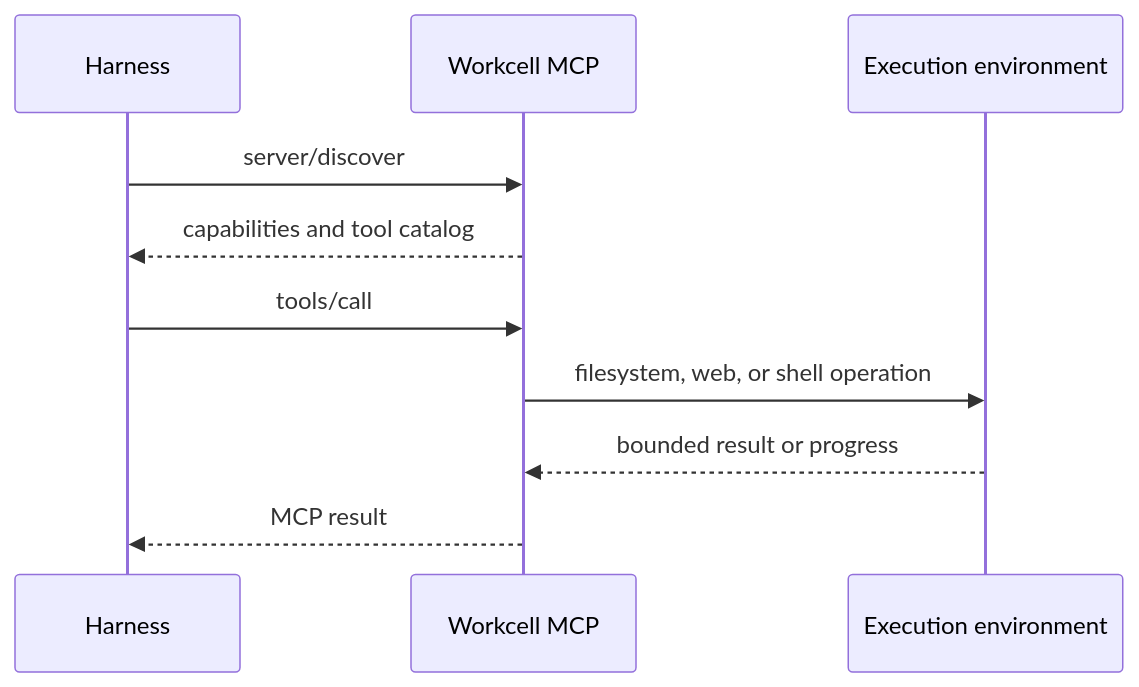
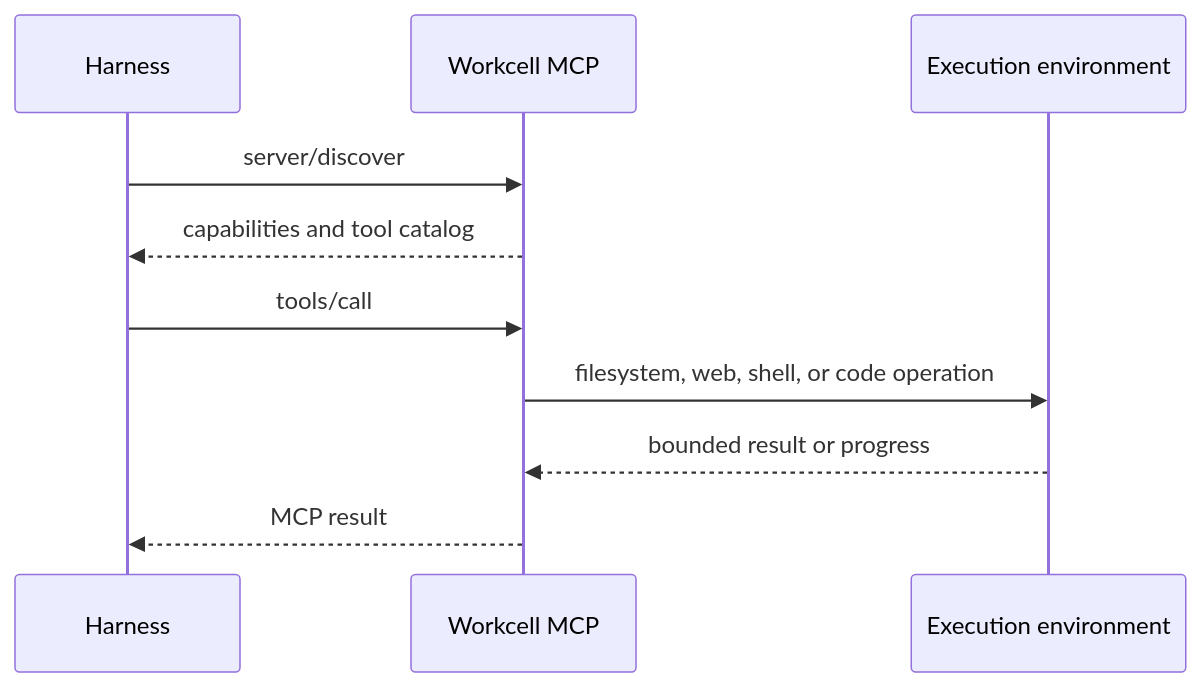
The second of 3 diagrams in README.md (caudra/caudra), drawn with Mermaid before and after one commit. The commit also changed other lines of this file and 31 other files, not shown here.

````diff
--- a/README.md
+++ b/README.md
@@ -42,13 +44,13 @@
 ```mermaid
 sequenceDiagram
     participant H as Harness
     participant W as Workcell MCP
     participant E as Execution environment
 
     H->>W: server/discover
     W-->>H: capabilities and tool catalog
     H->>W: tools/call
-    W->>E: filesystem, web, or shell operation
+    W->>E: filesystem, web, shell, or code operation
     E-->>W: bounded result or progress
     W-->>H: MCP result
 ```
````
